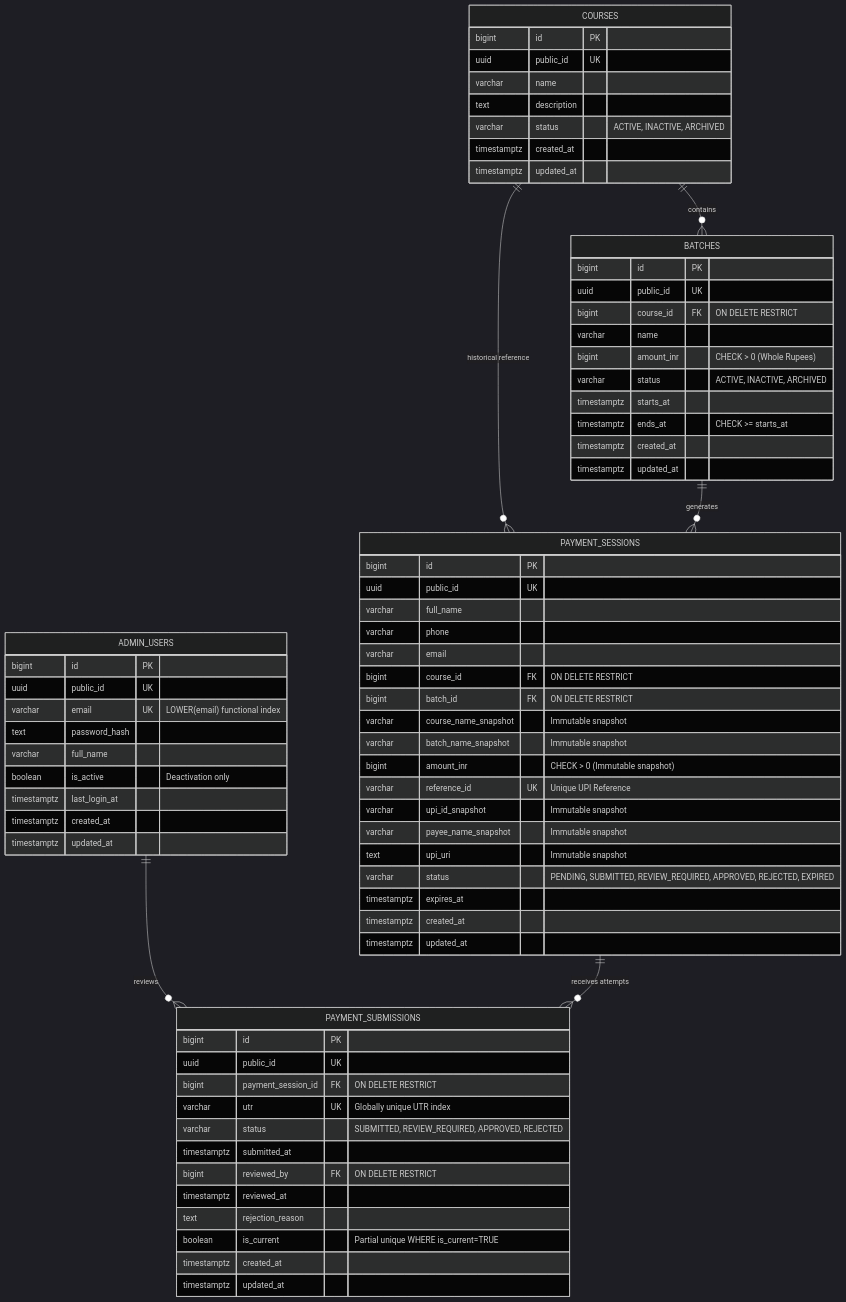
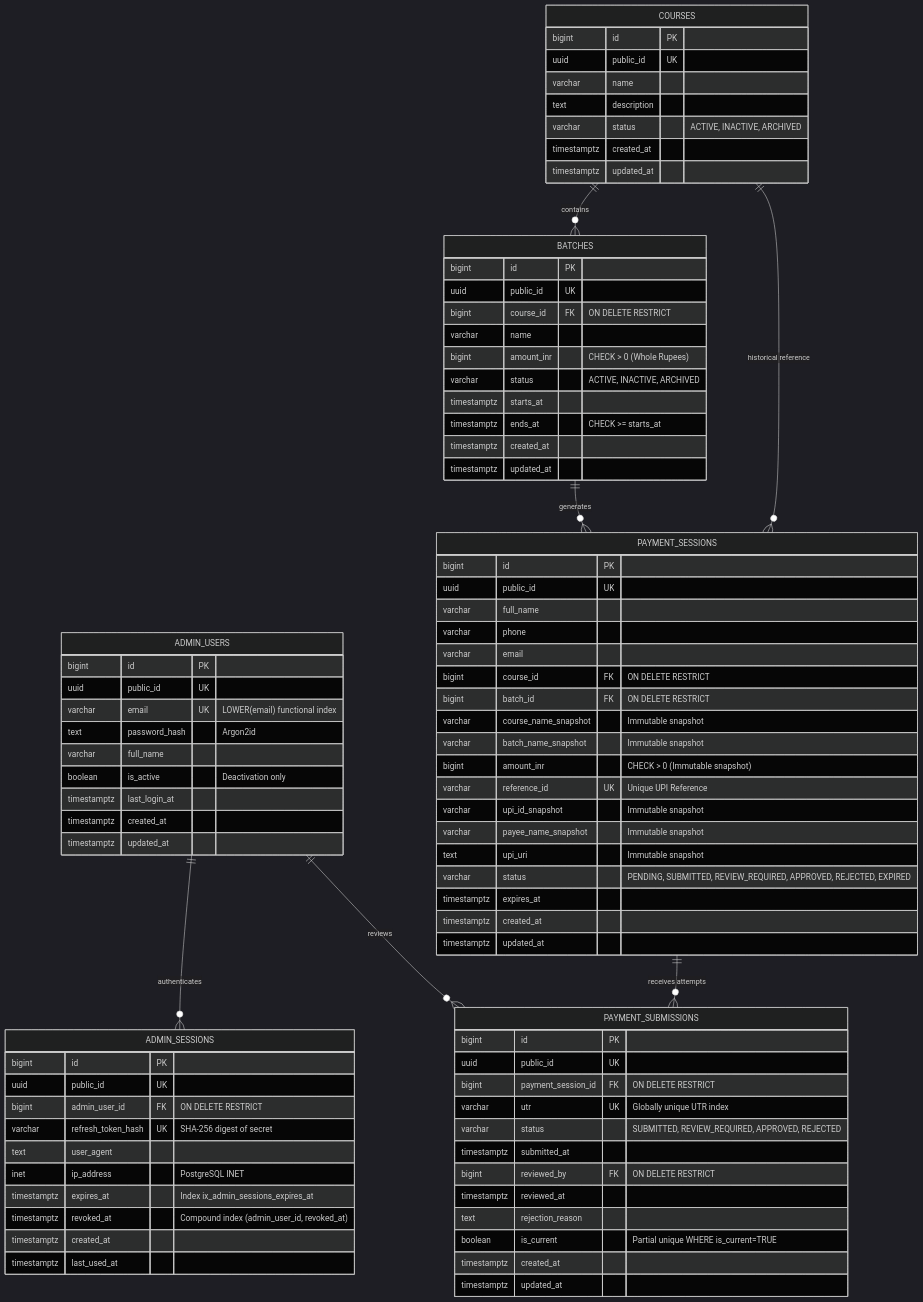
The diagram in docs/DATABASE_ARCHITECTURE.md (AnandJNairGit/samagra-upi-automation), drawn with Mermaid (dark theme) before and after one commit. The commit also changed other lines of this file and 47 other files, not shown here.

````diff
--- a/docs/DATABASE_ARCHITECTURE.md
+++ b/docs/DATABASE_ARCHITECTURE.md
@@ -9,5 +9,6 @@
 ```mermaid
 erDiagram
+    ADMIN_USERS ||--o{ ADMIN_SESSIONS : "authenticates"
     ADMIN_USERS ||--o{ PAYMENT_SUBMISSIONS : "reviews"
     COURSES ||--o{ BATCHES : "contains"
     COURSES ||--o{ PAYMENT_SESSIONS : "historical reference"
@@ -18,12 +19,25 @@
         bigint id PK
         uuid public_id UK
         varchar email UK "LOWER(email) functional index"
-        text password_hash
+        text password_hash "Argon2id"
         varchar full_name
         boolean is_active "Deactivation only"
         timestamptz last_login_at
         timestamptz created_at
         timestamptz updated_at
+    }
+
+    ADMIN_SESSIONS {
+        bigint id PK
+        uuid public_id UK
+        bigint admin_user_id FK "ON DELETE RESTRICT"
+        varchar refresh_token_hash UK "SHA-256 digest of secret"
+        text user_agent
+        inet ip_address "PostgreSQL INET"
+        timestamptz expires_at "Index ix_admin_sessions_expires_at"
+        timestamptz revoked_at "Compound index (admin_user_id, revoked_at)"
+        timestamptz created_at
+        timestamptz last_used_at
     }
 
     COURSES {
````
